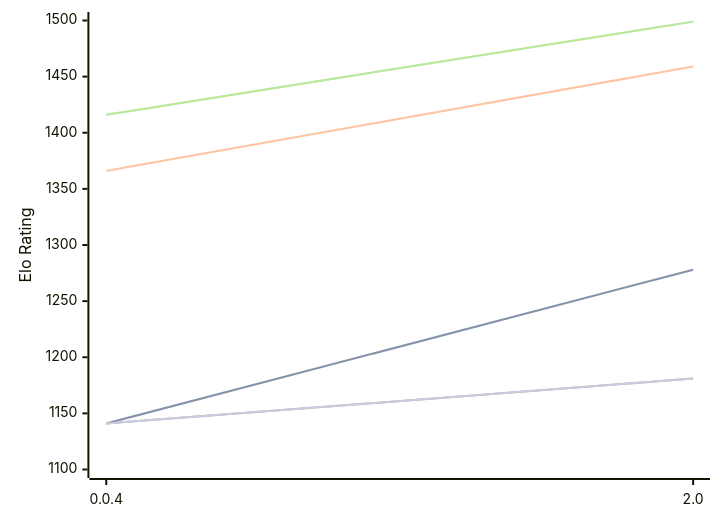
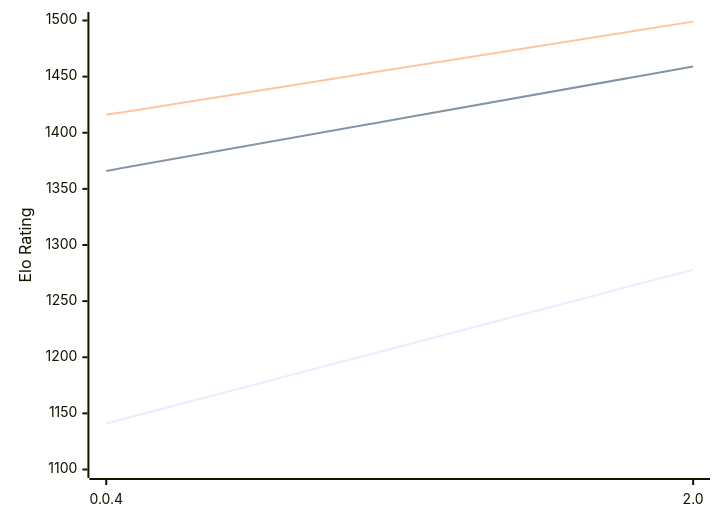
Before and after one commit to computer-chess-index/cci: the diagram in engines/Oops!Mate.md, drawn with Mermaid. The commit also changed other lines of this file, not shown here.

````diff
--- a/engines/Oops!Mate.md
+++ b/engines/Oops!Mate.md
@@ -48,13 +48,9 @@
 ```mermaid
 %%{init: {"theme":"base","themeVariables":{"seriesColors:['#a3a3a3','#222221','#faa371']}}}%%
 xychart-beta
   x-axis ["0.0.4", "2.0"]
   y-axis "Elo Rating" 1100 --> 1500
-  line "" [1141, 1278]
   line "T1: STC (8.0+0.08s)" [1141, 1278]
   line "T1: LTC (60.0+0.60s)" [1366, 1459]
-  line "" [1416, 1499]
   line "T1: VLTC (2m24s+1.12s)" [1416, 1499]
-  line "" [1141,1181]
-  line "E1: STC (8.0+0.08s)" [1141,1181]
 ```
````
